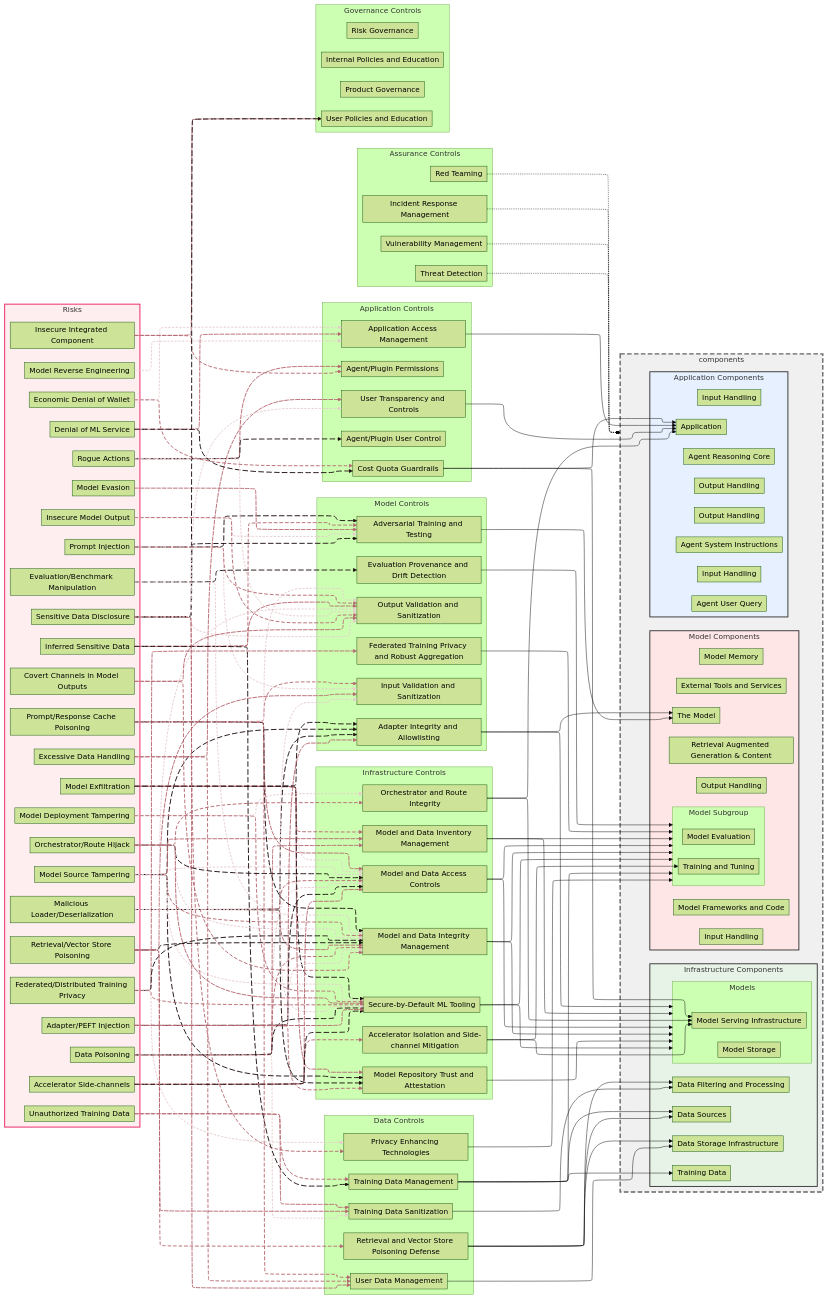
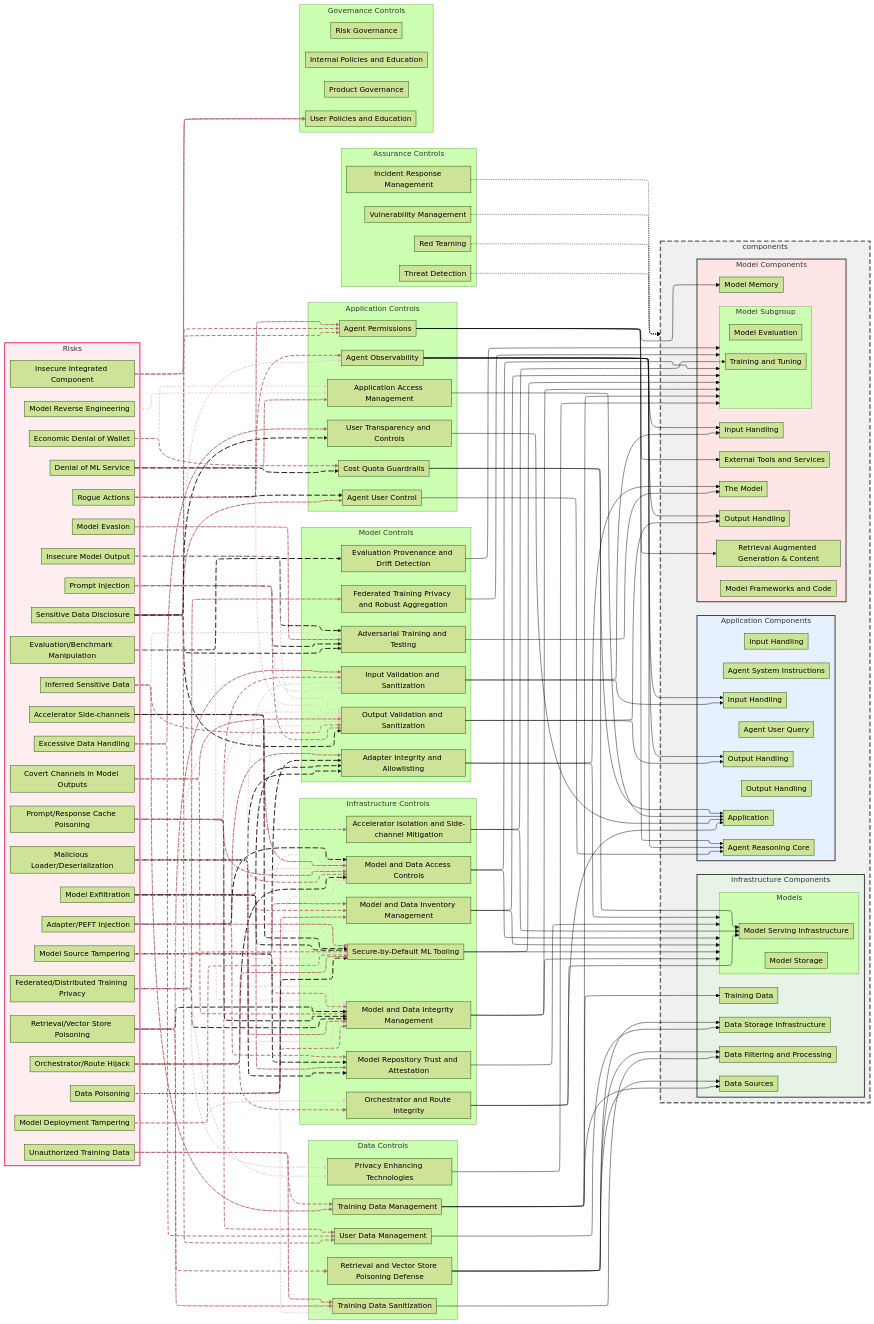
Before and after one commit to cosai-oasis/secure-ai-tooling: the diagram in risk-map/docs/controls-to-risk-graph.mermaid, drawn with Mermaid (forest theme). The commit also changed 8 other files, not shown here.

```diff
--- a/risk-map/docs/controls-to-risk-graph.mermaid
+++ b/risk-map/docs/controls-to-risk-graph.mermaid
@@ -67,8 +67,9 @@
     end
 
     subgraph controlsApplication ["Application Controls"]
-        controlAgentPluginPermissions[Agent/Plugin Permissions]
-        controlAgentPluginUserControl[Agent/Plugin User Control]
+        controlAgentObservability[Agent Observability]
+        controlAgentPluginPermissions[Agent Permissions]
+        controlAgentPluginUserControl[Agent User Control]
         controlApplicationAccessManagement[Application Access Management]
         controlCostQuotaGuardrails[Cost Quota Guardrails]
         controlUserTransparencyAndControls[User Transparency and Controls]
@@ -161,6 +162,9 @@
     PIJ --> controlOutputValidationAndSanitization
     MEV --> controlAdversarialTrainingAndTesting
     SDD --> controlAdversarialTrainingAndTesting
+    SDD --> controlAgentObservability
+    SDD --> controlAgentPluginPermissions
+    SDD --> controlAgentPluginUserControl
     SDD --> controlOutputValidationAndSanitization
     SDD --> controlPrivacyEnhancingTechnologies
     SDD --> controlUserDataManagement
@@ -171,6 +175,7 @@
     ISD --> controlTrainingDataManagement
     IMO --> controlAdversarialTrainingAndTesting
     IMO --> controlOutputValidationAndSanitization
+    RA --> controlAgentObservability
     RA --> controlAgentPluginPermissions
     RA --> controlAgentPluginUserControl
     RA --> controlOutputValidationAndSanitization
@@ -228,9 +233,18 @@
     controlModelAndDataIntegrityManagement --> componentsModels
     controlSecureByDefaultMLTooling --> componentsModelSubgroup
     controlSecureByDefaultMLTooling --> componentsModels
+    controlInputValidationAndSanitization --> componentAgentInputHandling
+    controlInputValidationAndSanitization --> componentOrchestrationInputHandling
+    controlOutputValidationAndSanitization --> componentAgentOutputHandling
+    controlOutputValidationAndSanitization --> componentOrchestrationOutputHandling
     controlAdversarialTrainingAndTesting --> componentTheModel
     controlApplicationAccessManagement --> componentApplication
     controlUserTransparencyAndControls --> componentApplication
+    controlAgentPluginUserControl --> componentReasoningCore
+    controlAgentPluginPermissions --> componentMemory
+    controlAgentPluginPermissions --> componentRAGContent
+    controlAgentPluginPermissions --> componentReasoningCore
+    controlAgentPluginPermissions --> componentTools
     controlRedTeaming -.-> components
     controlVulnerabilityManagement -.-> components
     controlThreatDetection -.-> components
@@ -249,12 +263,17 @@
     controlCostQuotaGuardrails --> componentApplication
     controlCostQuotaGuardrails --> componentModelServing
     controlEvaluationProvenanceAndDriftDetection --> componentsModelSubgroup
+    controlAgentObservability --> componentAgentInputHandling
+    controlAgentObservability --> componentAgentOutputHandling
+    controlAgentObservability --> componentOrchestrationInputHandling
+    controlAgentObservability --> componentOrchestrationOutputHandling
+    controlAgentObservability --> componentReasoningCore
 
     %% Edge styling
-    linkStyle 0,4,8,12,16,20,24,28,32,36,40,44,48,52,56,60,64,68,72,76,80 stroke:#e6cbce,stroke-width:2px,stroke-dasharray: 5 3
-    linkStyle 1,5,9,13,17,21,25,29,33,37,41,45,49,53,57,61,65,69,73,77,81 stroke:#b66871,stroke-width:2px,stroke-dasharray: 8 4
-    linkStyle 2,6,10,14,18,22,26,30,34,38,42,46,50,54,58,62,66,70,74,78,82 stroke:#b66871,stroke-width:2px,stroke-dasharray: 10 2
-    linkStyle 3,7,11,15,19,23,27,31,35,39,43,47,51,55,59,63,67,71,75,79 stroke:#1c0d0f,stroke-width:2px,stroke-dasharray: 12 5
+    linkStyle 0,4,8,12,16,20,24,28,32,36,40,44,48,52,56,60,64,68,72,76,80,84 stroke:#e6cbce,stroke-width:2px,stroke-dasharray: 5 3
+    linkStyle 1,5,9,13,17,21,25,29,33,37,41,45,49,53,57,61,65,69,73,77,81,85 stroke:#b66871,stroke-width:2px,stroke-dasharray: 8 4
+    linkStyle 2,6,10,14,18,22,26,30,34,38,42,46,50,54,58,62,66,70,74,78,82,86 stroke:#b66871,stroke-width:2px,stroke-dasharray: 10 2
+    linkStyle 3,7,11,15,19,23,27,31,35,39,43,47,51,55,59,63,67,71,75,79,83 stroke:#1c0d0f,stroke-width:2px,stroke-dasharray: 12 5
 
 %% Node style definitions
     style risks fill:#ffeef0,stroke:#e91e63,stroke-width:2px
```
